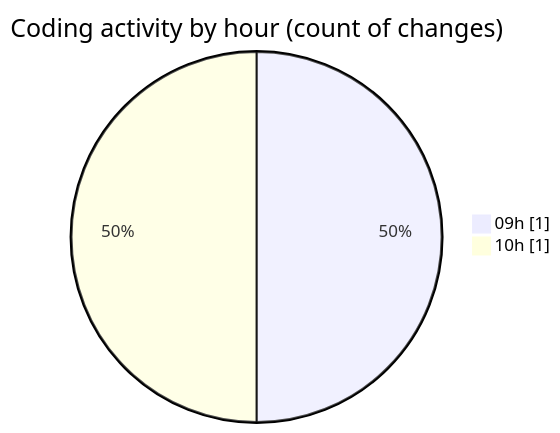
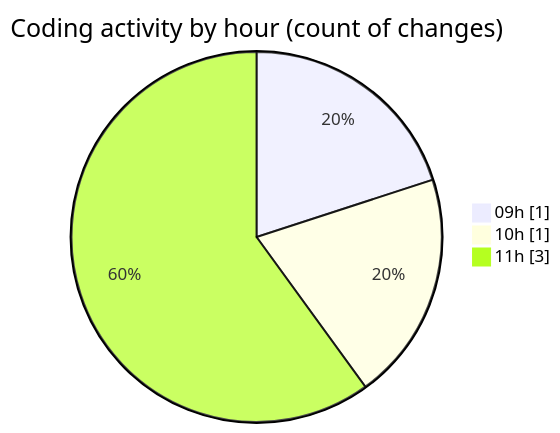
The second of 2 diagrams in 2026-01-28/cda/README.md (momahboobian/code-tracking), drawn with Mermaid before and after one commit. The commit also changed other lines of this file and 1 other file, not shown here.

````diff
--- a/2026-01-28/cda/README.md
+++ b/2026-01-28/cda/README.md
@@ -30,6 +32,7 @@
 ```mermaid
 pie showData
 title Coding activity by hour (count of changes)
 "09h" : 1
 "10h" : 1
+"11h" : 3
 ```
````
